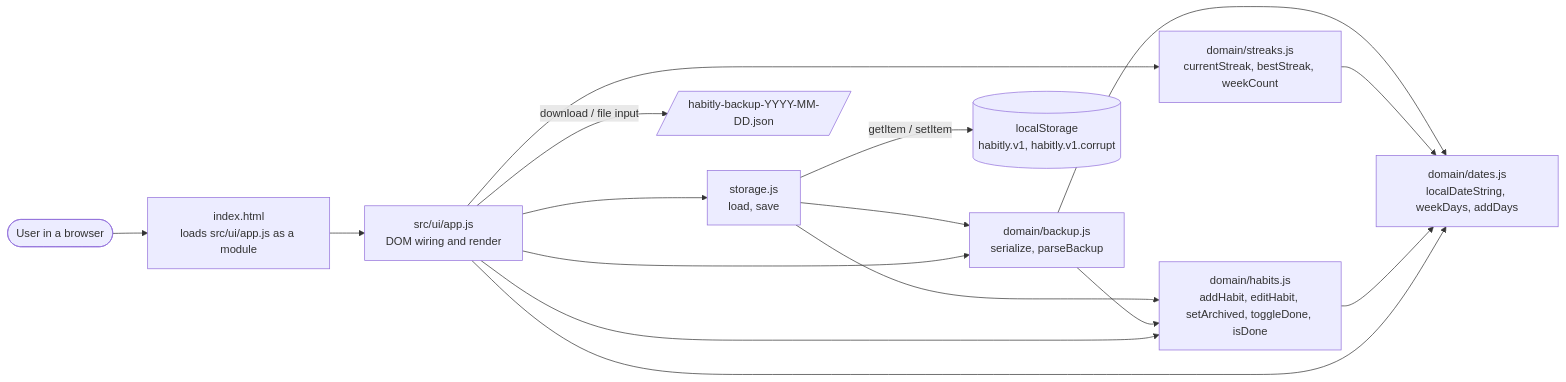
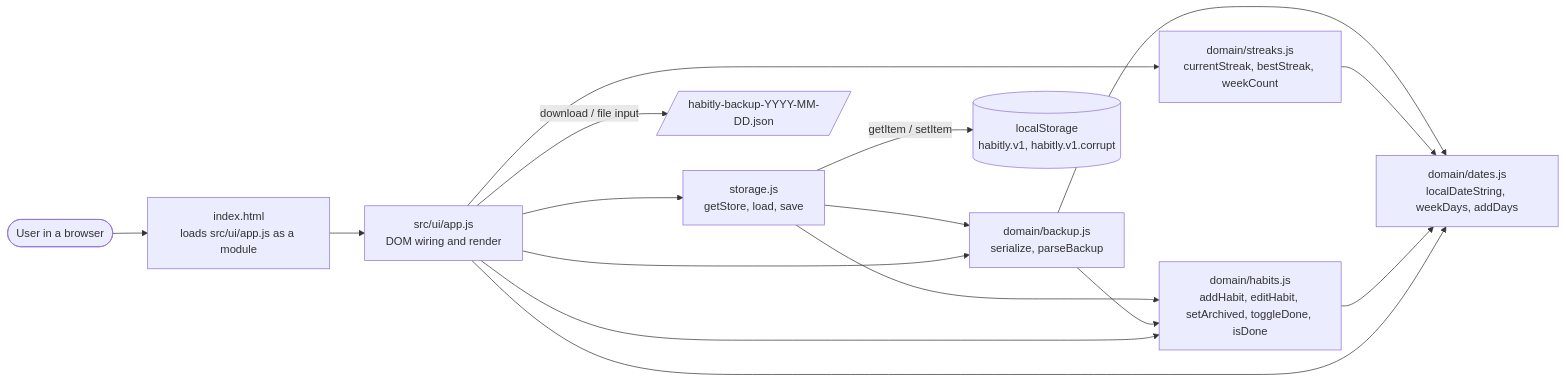
One commit to Lolisuki18/Test-skill changed the diagram in docs/habitly/diagrams/architecture-habitly.md. Above: the diagram before and after it, drawn with Mermaid. The commit also changed other lines of this file and 10 other files, not shown here.

````diff
--- a/docs/habitly/diagrams/architecture-habitly.md
+++ b/docs/habitly/diagrams/architecture-habitly.md
@@ -5,19 +5,19 @@
 ```mermaid
 flowchart LR
   %% Evidence: imports in habitly/src/ui/app.js:1-5, habitly/src/storage.js:1-2, habitly/src/domain/*.js; habitly/index.html:61
   user([User in a browser]) --> page["index.html<br/>loads src/ui/app.js as a module"]
   page --> app["src/ui/app.js<br/>DOM wiring and render"]
   app --> habits["domain/habits.js<br/>addHabit, editHabit, setArchived, toggleDone, isDone"]
   app --> dates["domain/dates.js<br/>localDateString, weekDays, addDays"]
   app --> streaks["domain/streaks.js<br/>currentStreak, bestStreak, weekCount"]
   app --> backup["domain/backup.js<br/>serialize, parseBackup"]
-  app --> storage["storage.js<br/>load, save"]
+  app --> storage["storage.js<br/>getStore, load, save"]
   habits --> dates
   streaks --> dates
   backup --> dates
   backup --> habits
   storage --> habits
   storage --> backup
   storage -->|"getItem / setItem"| ls[("localStorage<br/>habitly.v1, habitly.v1.corrupt")]
   app -->|"download / file input"| json[/"habitly-backup-YYYY-MM-DD.json"/]
 ```
````
